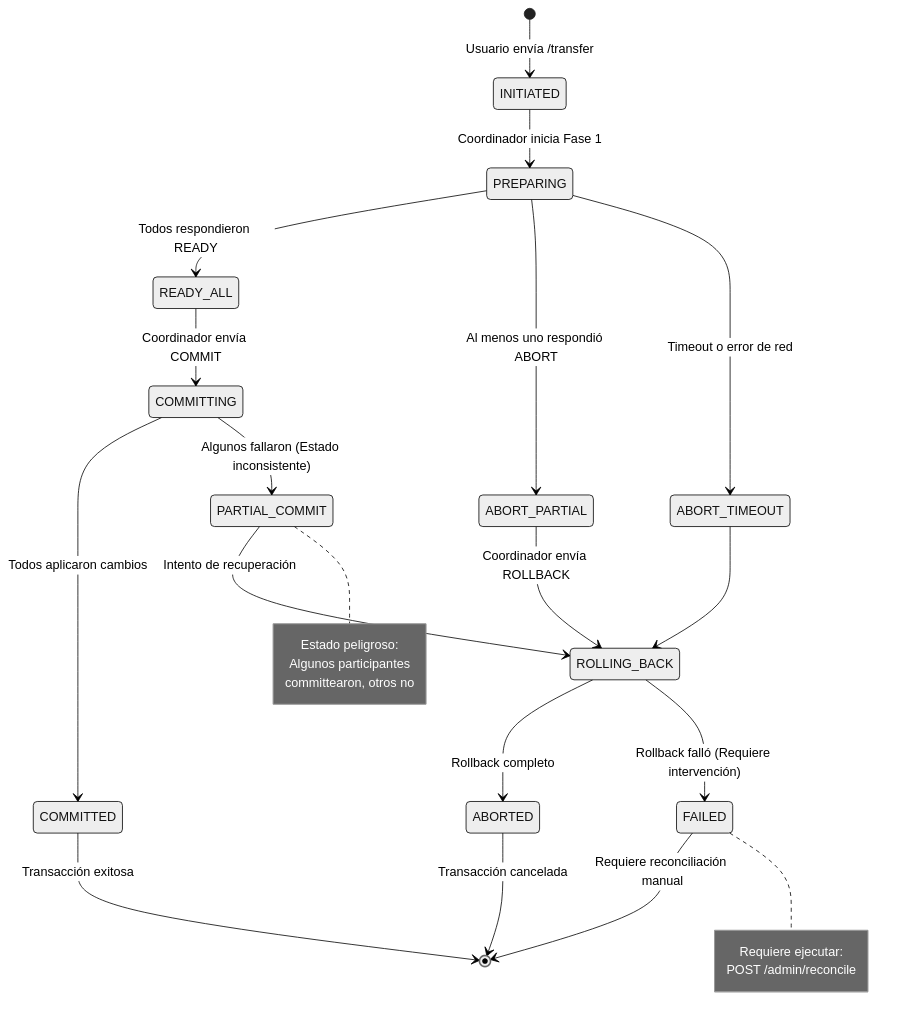
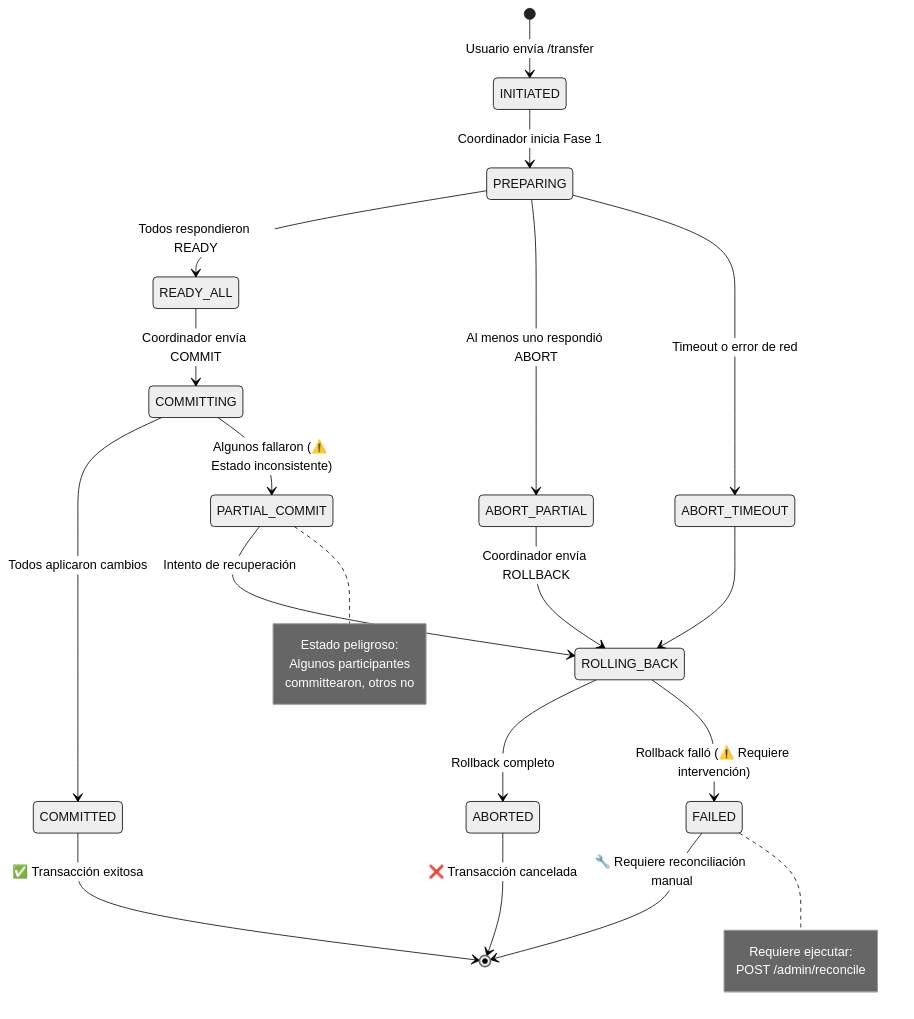
One commit to axlprz/APIv2final changed the fourth of 8 diagrams in README_DOCUMENTACION.md. Above: the diagram before and after it, drawn with Mermaid (neutral theme). The commit also changed other lines of this file, not shown here.

````diff
--- a/README_DOCUMENTACION.md
+++ b/README_DOCUMENTACION.md
@@ -304,37 +304,37 @@
 ```mermaid
 stateDiagram-v2
     [*] --> INITIATED: Usuario envía /transfer
     
     INITIATED --> PREPARING: Coordinador inicia Fase 1
     
     PREPARING --> READY_ALL: Todos respondieron READY
     PREPARING --> ABORT_PARTIAL: Al menos uno respondió ABORT
     PREPARING --> ABORT_TIMEOUT: Timeout o error de red
     
     READY_ALL --> COMMITTING: Coordinador envía COMMIT
     
     COMMITTING --> COMMITTED: Todos aplicaron cambios
-    COMMITTING --> PARTIAL_COMMIT: Algunos fallaron (Estado inconsistente)
+    COMMITTING --> PARTIAL_COMMIT: Algunos fallaron (⚠️ Estado inconsistente)
     
     ABORT_PARTIAL --> ROLLING_BACK: Coordinador envía ROLLBACK
     ABORT_TIMEOUT --> ROLLING_BACK
     PARTIAL_COMMIT --> ROLLING_BACK: Intento de recuperación
     
     ROLLING_BACK --> ABORTED: Rollback completo
-    ROLLING_BACK --> FAILED: Rollback falló (Requiere intervención)
+    ROLLING_BACK --> FAILED: Rollback falló (⚠️ Requiere intervención)
     
-    COMMITTED --> [*]: Transacción exitosa
-    ABORTED --> [*]: Transacción cancelada
-    FAILED --> [*]: Requiere reconciliación manual
+    COMMITTED --> [*]: ✅ Transacción exitosa
+    ABORTED --> [*]: ❌ Transacción cancelada
+    FAILED --> [*]: 🔧 Requiere reconciliación manual
     
     note right of PARTIAL_COMMIT
         Estado peligroso:
         Algunos participantes
         committearon, otros no
     end note
     
     note right of FAILED
         Requiere ejecutar:
         POST /admin/reconcile
     end note
 ```
````
